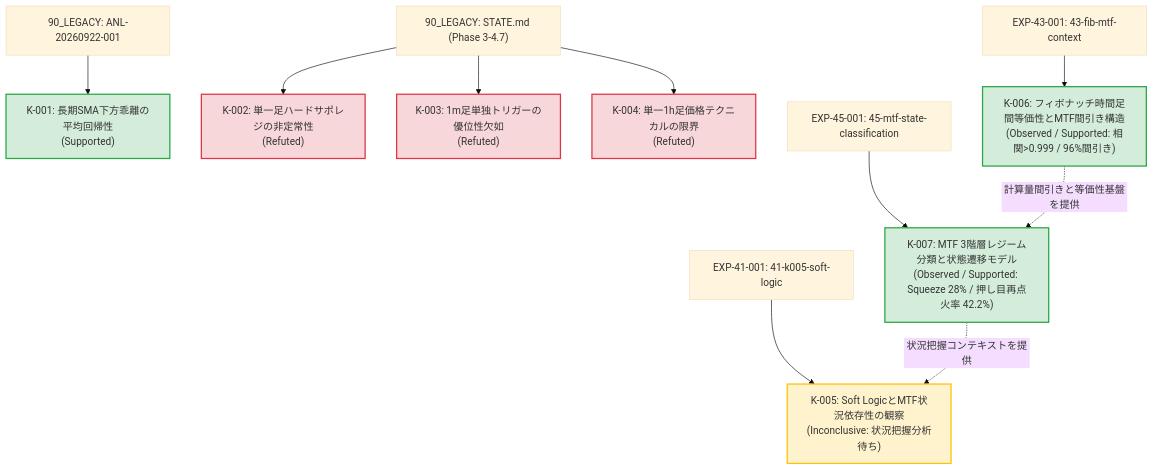
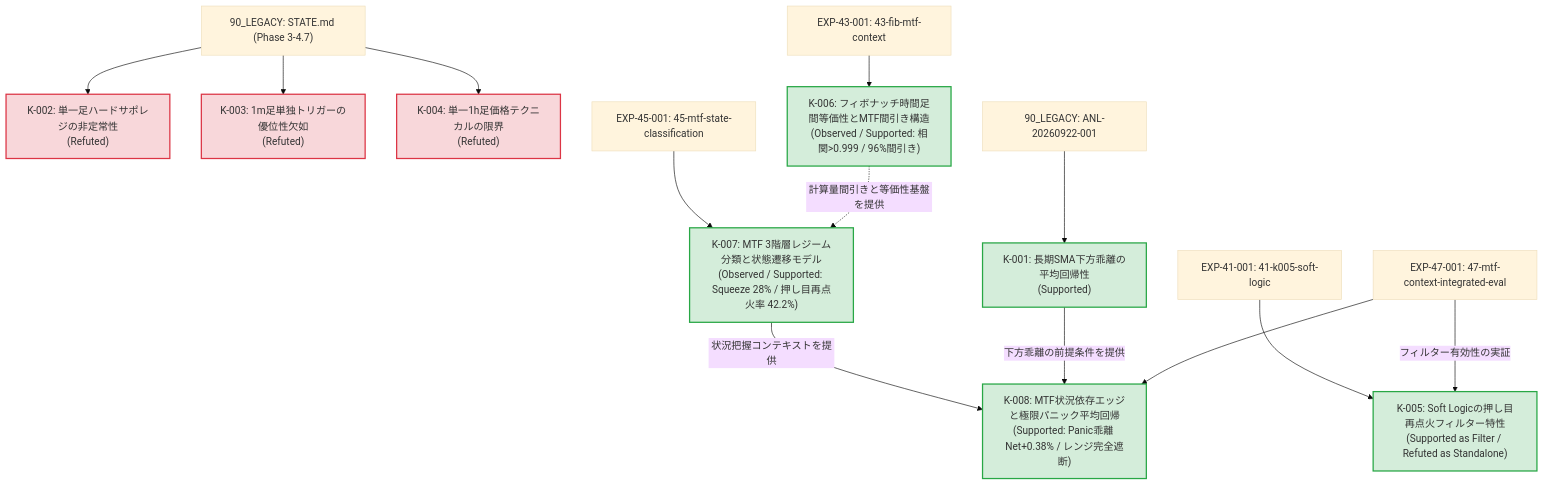
Before and after one commit to makagi/MTF_AI_Trade: the diagram in 03_KNOWLEDGE/knowledge-lineage.md, drawn with Mermaid (base theme). The commit also changed other lines of this file and 8 other files, not shown here.

Commit message:
feat(analysis): MTF context integrated evaluation and conditional edge analysis (close #47) (#48)

````diff
--- a/03_KNOWLEDGE/knowledge-lineage.md
+++ b/03_KNOWLEDGE/knowledge-lineage.md
@@ -28,24 +28,28 @@
 ```mermaid
 graph TD
     classDef supported fill:#d4edda,stroke:#28a745,stroke-width:2px;
     classDef refuted fill:#f8d7da,stroke:#dc3545,stroke-width:2px;
     classDef inconclusive fill:#fff3cd,stroke:#ffc107,stroke-width:2px;
 
     K001["K-001: 長期SMA下方乖離の平均回帰性<br/>(Supported)"]:::supported
     K002["K-002: 単一足ハードサポレジの非定常性<br/>(Refuted)"]:::refuted
     K003["K-003: 1m足単独トリガーの優位性欠如<br/>(Refuted)"]:::refuted
     K004["K-004: 単一1h足価格テクニカルの限界<br/>(Refuted)"]:::refuted
-    K005["K-005: Soft LogicとMTF状況依存性の観察<br/>(Inconclusive: 状況把握分析待ち)"]:::inconclusive
+    K005["K-005: Soft Logicの押し目再点火フィルター特性<br/>(Supported as Filter / Refuted as Standalone)"]:::supported
     K006["K-006: フィボナッチ時間足間等価性とMTF間引き構造<br/>(Observed / Supported: 相関>0.999 / 96%間引き)"]:::supported
     K007["K-007: MTF 3階層レジーム分類と状態遷移モデル<br/>(Observed / Supported: Squeeze 28% / 押し目再点火率 42.2%)"]:::supported
+    K008["K-008: MTF状況依存エッジと極限パニック平均回帰<br/>(Supported: Panic乖離 Net+0.38% / レンジ完全遮断)"]:::supported
 
     LEG_ANL1["90_LEGACY: ANL-20260922-001"] --> K001
     LEG_STATE["90_LEGACY: STATE.md (Phase 3-4.7)"] --> K002
     LEG_STATE --> K003
     LEG_STATE --> K004
     EXP041["EXP-41-001: 41-k005-soft-logic"] --> K005
     EXP043["EXP-43-001: 43-fib-mtf-context"] --> K006
     EXP045["EXP-45-001: 45-mtf-state-classification"] --> K007
     K006 -.->|計算量間引きと等価性基盤を提供| K007
-    K007 -.->|状況把握コンテキストを提供| K005
+    K007 -->|状況把握コンテキストを提供| K008
+    K001 -->|下方乖離の前提条件を提供| K008
+    EXP047["EXP-47-001: 47-mtf-context-integrated-eval"] --> K008
+    EXP047 -->|フィルター有効性の実証| K005
 ```
````
